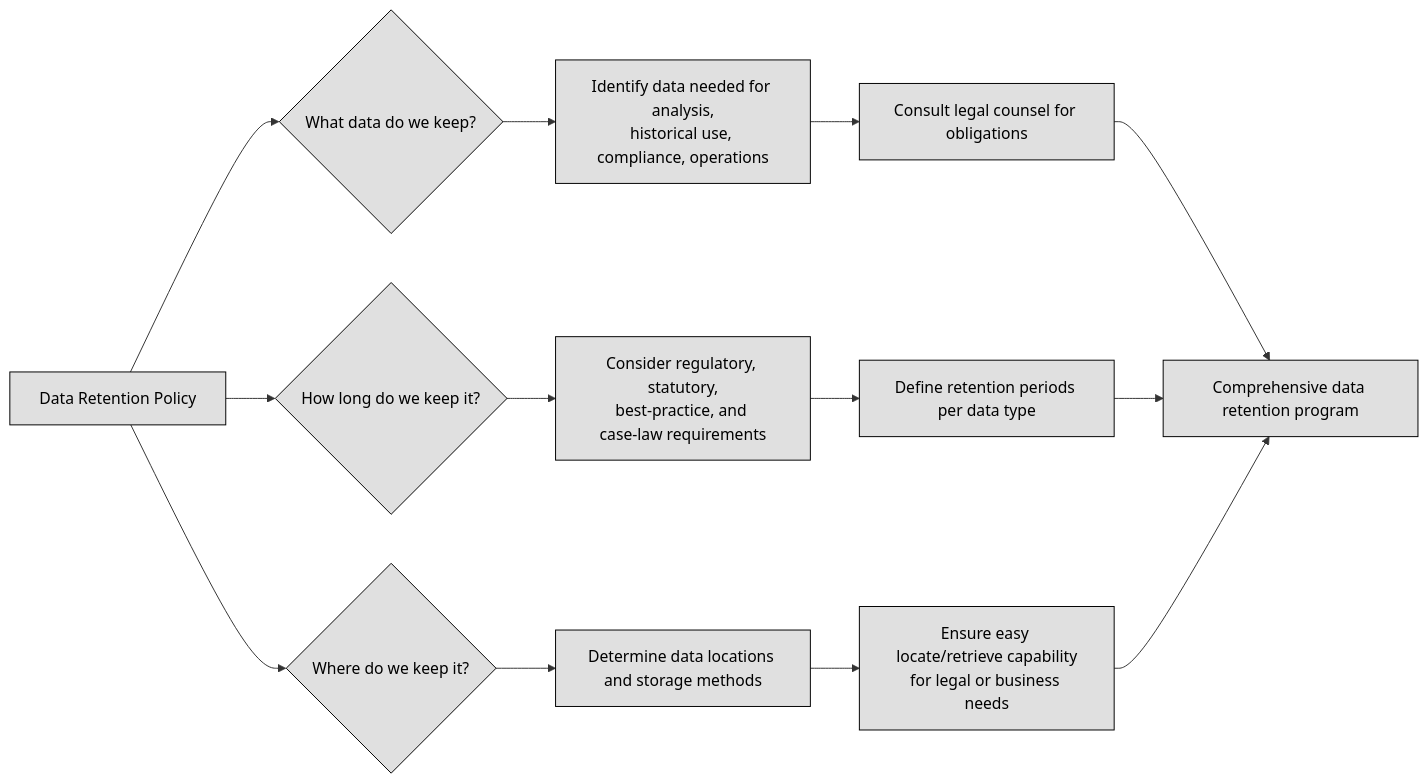
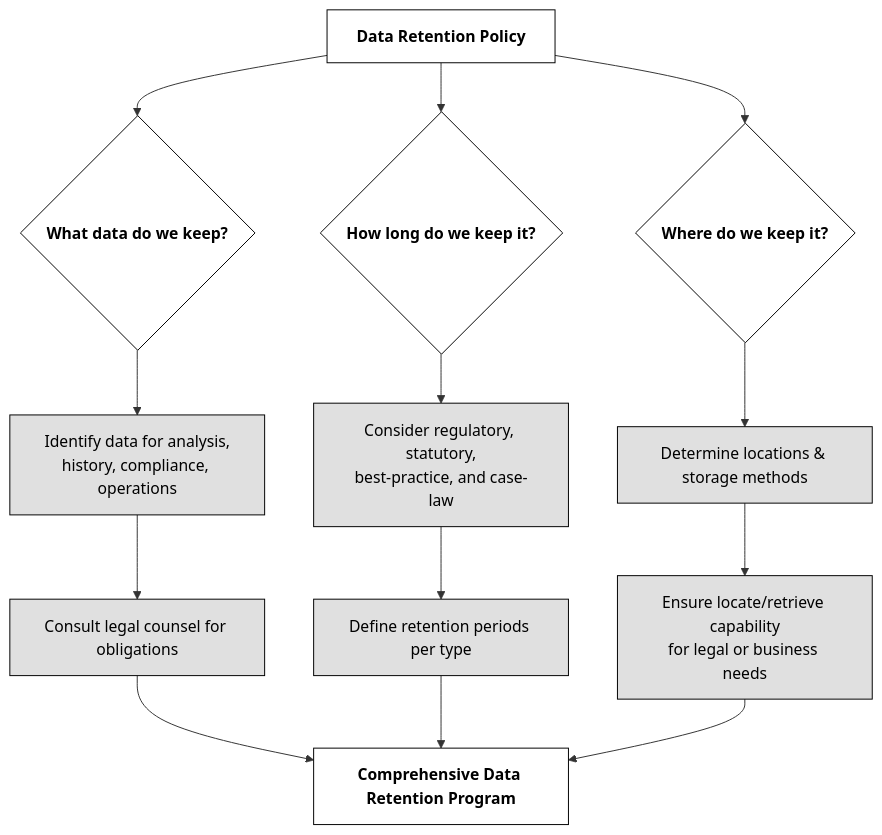
One commit to lorenzoleonelli/CISSP-Zero-to-Hero changed the third of 4 diagrams in DOMAIN2: Asset Security/2.04 Manage Data Lifecycle.md. Above: the diagram before and after it, drawn with Mermaid. The commit also changed other lines of this file, not shown here.

Commit message:
Update 2.04 Manage Data Lifecycle.md

````diff
--- a/DOMAIN2: Asset Security/2.04 Manage Data Lifecycle.md
+++ b/DOMAIN2: Asset Security/2.04 Manage Data Lifecycle.md
@@ -415,19 +422,24 @@
 ```mermaid
-flowchart LR
-  A[Data Retention Policy] --> B{"What data do we keep?"}
-  B --> B1[Identify data needed for analysis,\nhistorical use, compliance, operations]
-  B1 --> B2[Consult legal counsel for obligations]
+flowchart TD
+    A[Data Retention Policy] --> B{"What data do we keep?"}
+    B --> B1["Identify data for analysis,<br/>history, compliance, operations"]
+    B1 --> B2[Consult legal counsel for obligations]
 
-  A --> C{"How long do we keep it?"}
-  C --> C1[Consider regulatory, statutory,\nbest-practice, and case‑law requirements]
-  C1 --> C2[Define retention periods per data type]
+    A --> C{"How long do we keep it?"}
+    C --> C1["Consider regulatory, statutory,<br/>best-practice, and case-law"]
+    C1 --> C2[Define retention periods per type]
 
-  A --> D{"Where do we keep it?"}
-  D --> D1[Determine data locations and storage methods]
-  D1 --> D2[Ensure easy locate/retrieve capability\nfor legal or business needs]
+    A --> D{"Where do we keep it?"}
+    D --> D1[Determine locations & storage methods]
+    D1 --> D2["Ensure locate/retrieve capability<br/>for legal or business needs"]
 
-  B2 & C2 & D2 --> E[Comprehensive data retention program]
+    B2 --> E[Comprehensive Data Retention Program]
+    C2 --> E
+    D2 --> E
 
     classDef center fill:#ffffff,color:#000000,stroke:#000000,stroke-width:1px,font-weight:bold
     classDef node fill:#e0e0e0,color:#000000,stroke:#000000,stroke-width:1px
+
+    class A,B,C,D,E center
+    class B1,B2,C1,C2,D1,D2 node
 ```
````
